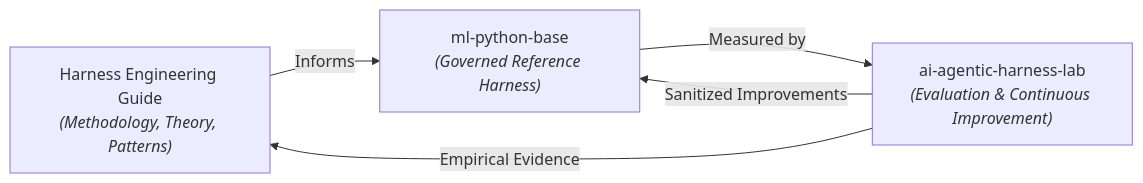
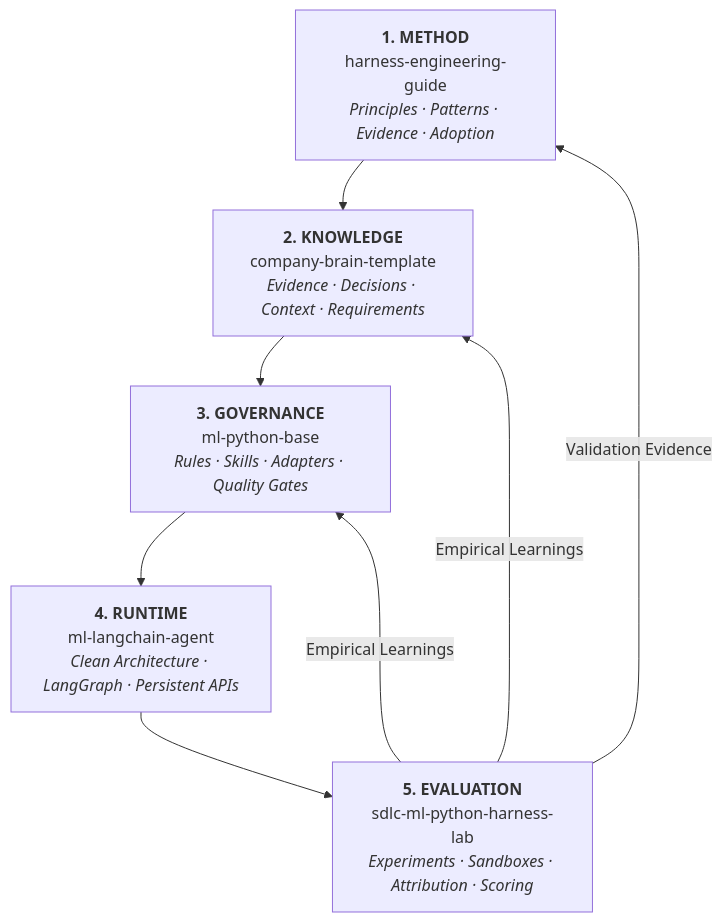
One commit to marcosdh1987/harness-engineering-guide changed the third of 3 diagrams in docs/en/index.md. Above: the diagram before and after it, drawn with Mermaid. The commit also changed other lines of this file and 120 other files, not shown here.

Commit message:
docs: expand documentation, implement prose style checks, and add new agentic patterns and concepts

````diff
--- a/docs/en/index.md
+++ b/docs/en/index.md
@@ -111,11 +111,13 @@
 ```mermaid
-flowchart LR
-    GUIDE["Harness Engineering Guide<br/><i>(Methodology, Theory, Patterns)</i>"]
-    MPB["ml-python-base<br/><i>(Governed Reference Harness)</i>"]
-    LAB["ai-agentic-harness-lab<br/><i>(Evaluation & Continuous Improvement)</i>"]
+flowchart TD
+    GUIDE["<b>1. METHOD</b><br/>harness-engineering-guide<br/><i>Principles · Patterns · Evidence · Adoption</i>"]
+    BRAIN["<b>2. KNOWLEDGE</b><br/>company-brain-template<br/><i>Evidence · Decisions · Context · Requirements</i>"]
+    HARNESS["<b>3. GOVERNANCE</b><br/>ml-python-base<br/><i>Rules · Skills · Adapters · Quality Gates</i>"]
+    RUNTIME["<b>4. RUNTIME</b><br/>ml-langchain-agent<br/><i>Clean Architecture · LangGraph · Persistent APIs</i>"]
+    LAB["<b>5. EVALUATION</b><br/>sdlc-ml-python-harness-lab<br/><i>Experiments · Sandboxes · Attribution · Scoring</i>"]
 
-    GUIDE -->|"Informs"| MPB
-    MPB -->|"Measured by"| LAB
-    LAB -->|"Sanitized Improvements"| MPB
-    LAB -->|"Empirical Evidence"| GUIDE
+    GUIDE --> BRAIN --> HARNESS --> RUNTIME --> LAB
+    LAB -->|"Empirical Learnings"| HARNESS
+    LAB -->|"Empirical Learnings"| BRAIN
+    LAB -->|"Validation Evidence"| GUIDE
 ```
````
